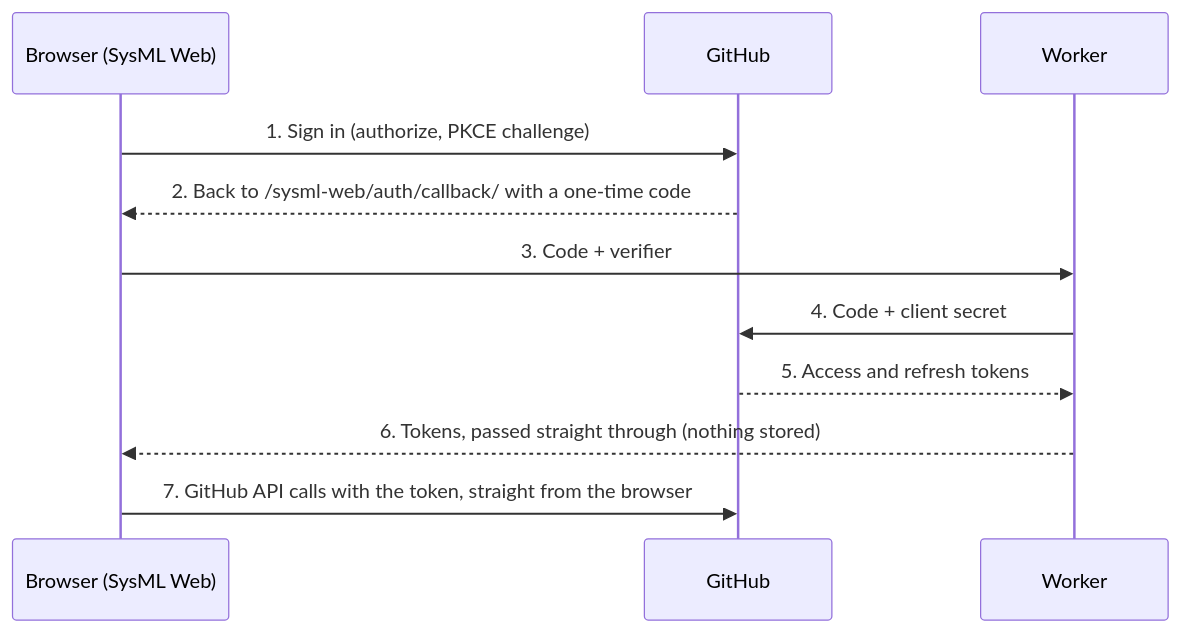
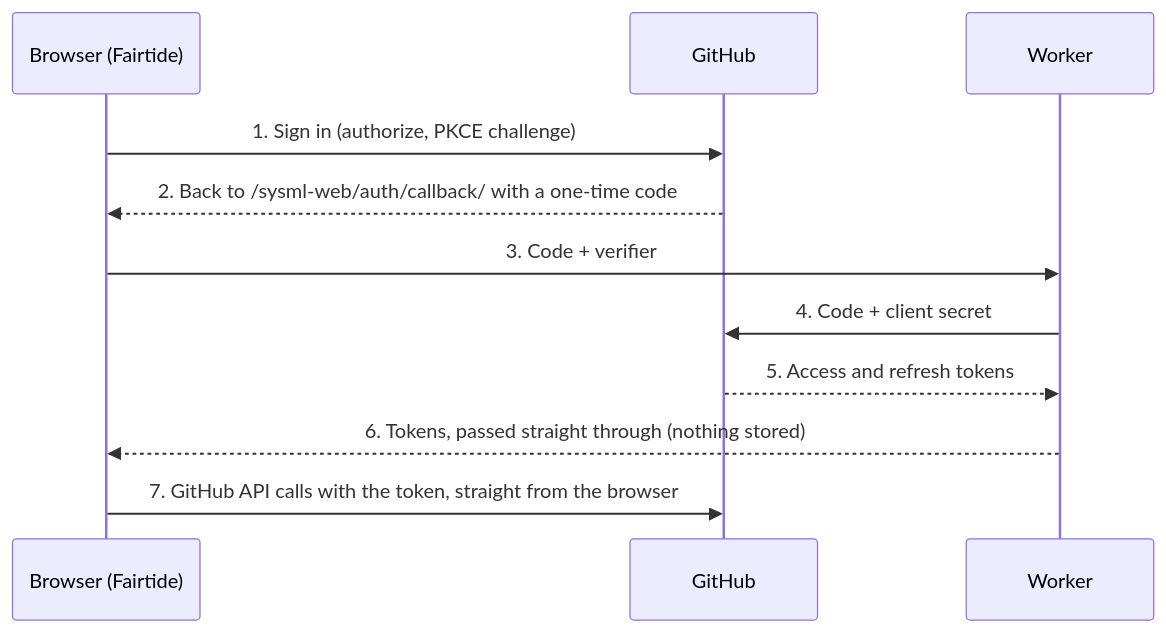
Before and after one commit to jackhale98/sysml-web: the diagram in docs/setup-github-sign-in.md, drawn with Mermaid. The commit also changed other lines of this file and 37 other files, not shown here.

````diff
--- a/docs/setup-github-sign-in.md
+++ b/docs/setup-github-sign-in.md
@@ -24,13 +24,13 @@
 ```mermaid
 sequenceDiagram
-    participant B as Browser (SysML Web)
+    participant B as Browser (Fairtide)
     participant G as GitHub
     participant W as Worker
     B->>G: 1. Sign in (authorize, PKCE challenge)
     G-->>B: 2. Back to /sysml-web/auth/callback/ with a one-time code
     B->>W: 3. Code + verifier
     W->>G: 4. Code + client secret
     G-->>W: 5. Access and refresh tokens
     W-->>B: 6. Tokens, passed straight through (nothing stored)
     B->>G: 7. GitHub API calls with the token, straight from the browser
 ```
````
